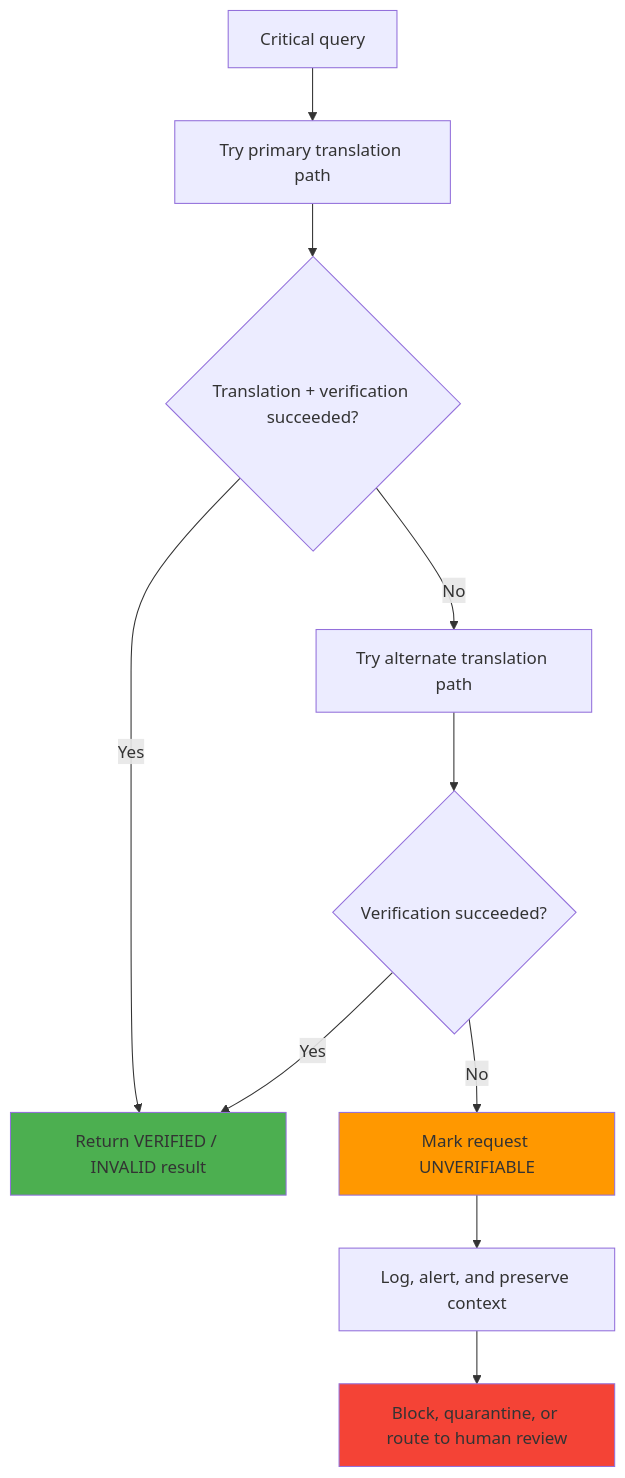
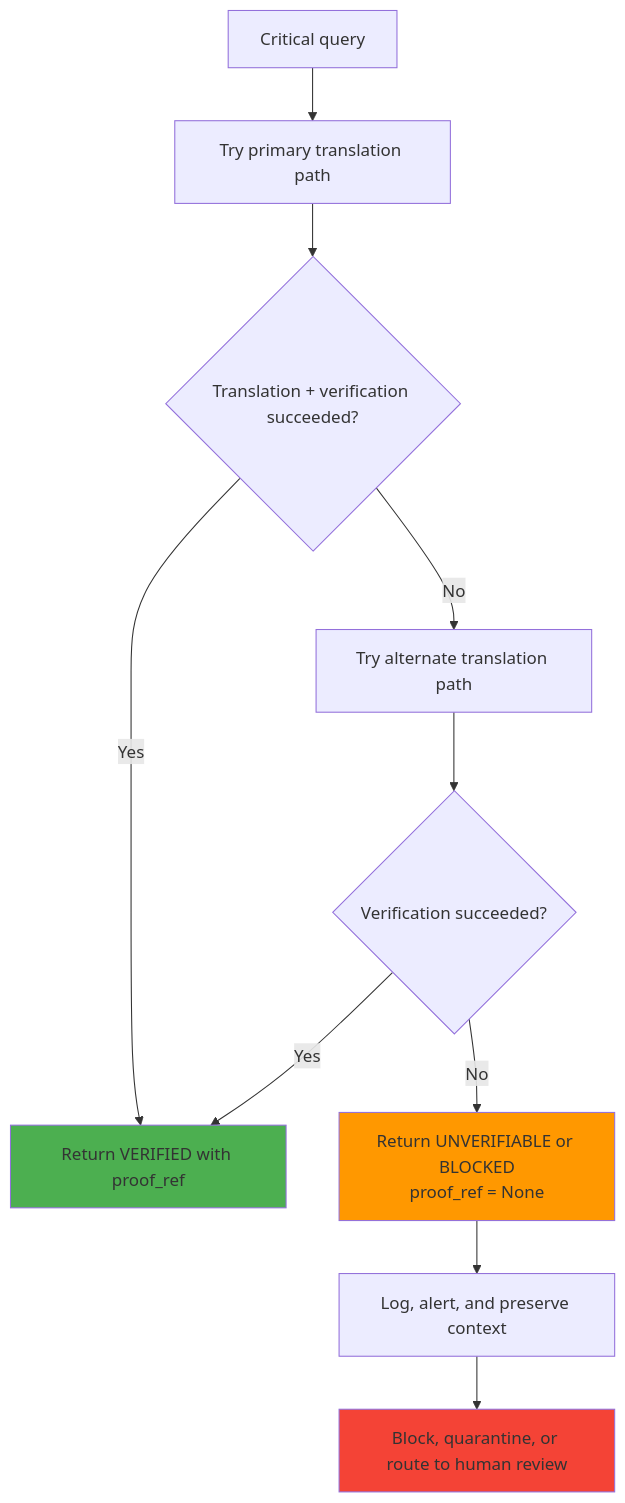
One commit to QWED-AI/qwed-learning changed the third of 5 diagrams in ARCHITECTURE.md. Above: the diagram before and after it, drawn with Mermaid. The commit also changed other lines of this file and 16 other files, not shown here.

````diff
--- a/ARCHITECTURE.md
+++ b/ARCHITECTURE.md
@@ -79,16 +114,16 @@
 ```mermaid
 graph TD
     A["Critical query"] --> B["Try primary translation path"]
     B --> C{"Translation + verification succeeded?"}
-    C -->|Yes| D["Return VERIFIED / INVALID result"]
+    C -->|Yes| D["Return VERIFIED with proof_ref"]
     C -->|No| E["Try alternate translation path"]
     E --> F{"Verification succeeded?"}
     F -->|Yes| D
-    F -->|No| G["Mark request UNVERIFIABLE"]
+    F -->|No| G["Return UNVERIFIABLE or BLOCKED<br/>proof_ref = None"]
     G --> H["Log, alert, and preserve context"]
     H --> I["Block, quarantine, or route to human review"]
 
     style D fill:#4caf50
     style G fill:#ff9800
     style I fill:#f44336
 ```
````
